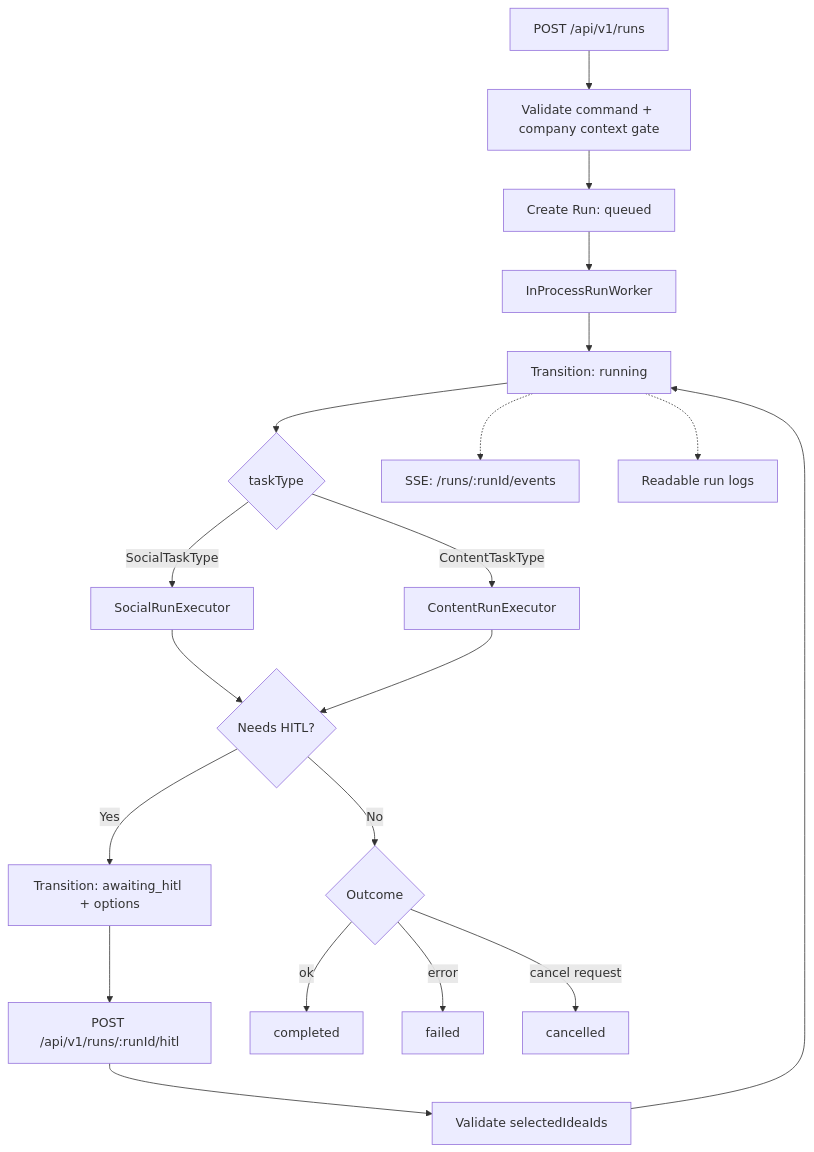
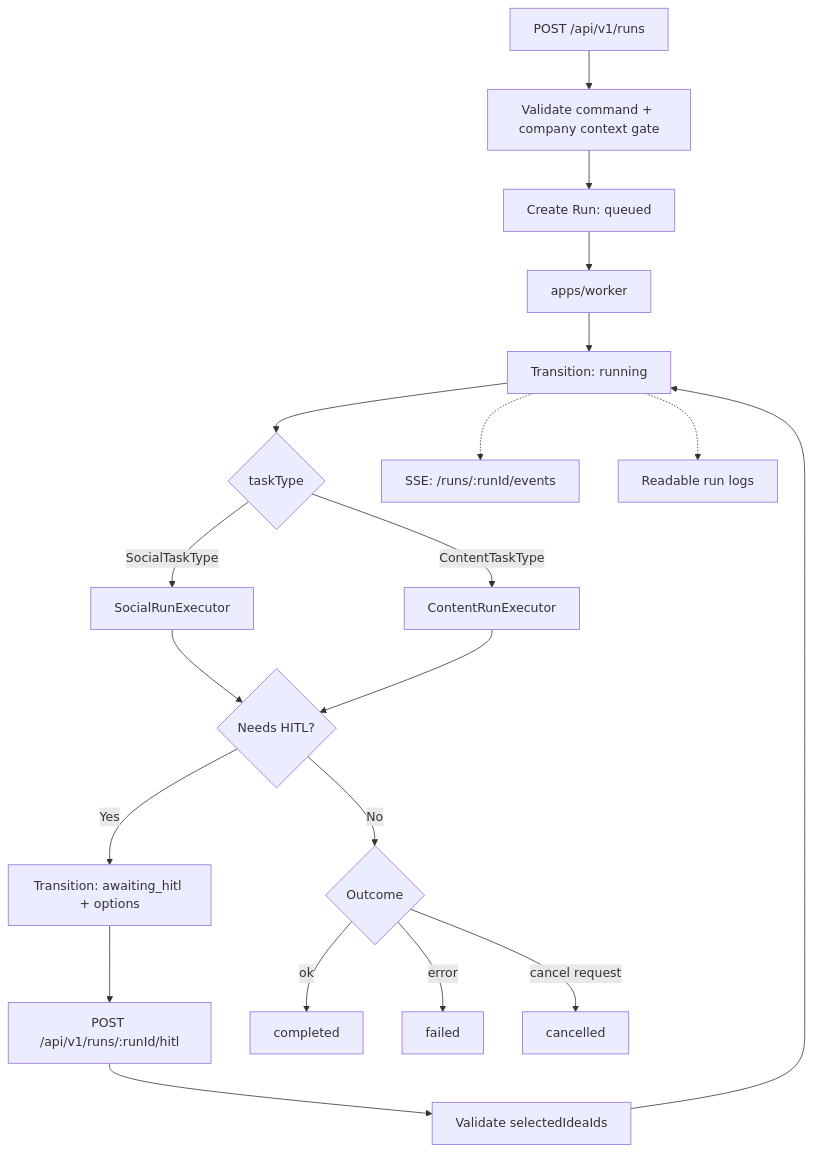
One commit to matej2314/content-chain changed the second of 4 diagrams in README.md. Above: the diagram before and after it, drawn with Mermaid. The commit also changed other lines of this file and 4 other files, not shown here.

````diff
--- a/README.md
+++ b/README.md
@@ -137,25 +164,25 @@
 ```mermaid
 flowchart TD
   A["POST /api/v1/runs"] --> B["Validate command + company context gate"]
   B --> C["Create Run: queued"]
-  C --> D["InProcessRunWorker"]
+  C --> D["apps/worker"]
   D --> E["Transition: running"]
   E --> F{"taskType"}
   F -->|SocialTaskType| G["SocialRunExecutor"]
   F -->|ContentTaskType| H["ContentRunExecutor"]
 
   G --> I{"Needs HITL?"}
   H --> I
   I -->|Yes| J["Transition: awaiting_hitl + options"]
   J --> K["POST /api/v1/runs/:runId/hitl"]
   K --> L["Validate selectedIdeaIds"]
   L --> E
 
   I -->|No| M{"Outcome"}
   M -->|ok| N["completed"]
   M -->|error| O["failed"]
   M -->|cancel request| P["cancelled"]
 
   E -.-> Q["SSE: /runs/:runId/events"]
   E -.-> R["Readable run logs"]
 ```
````
